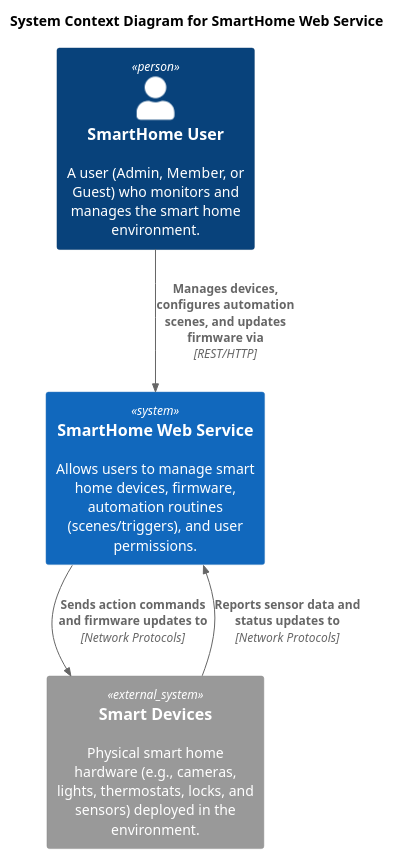
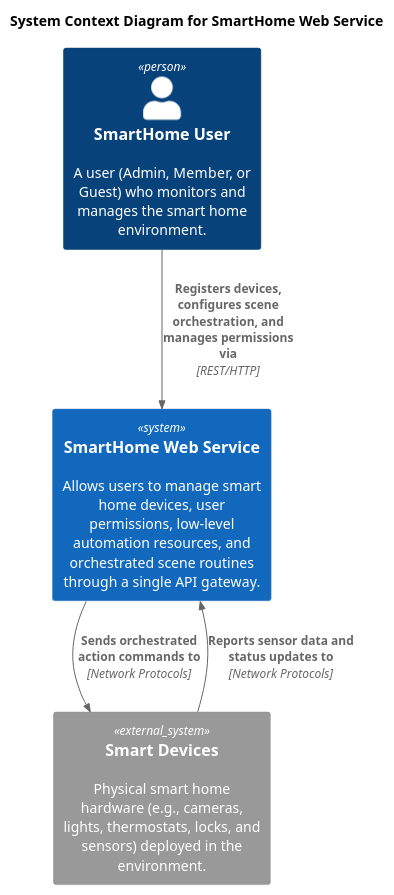
The diagram in diagrams/C4_Level1_context.puml (Saurya88/SmartHome-MS), drawn with PlantUML before and after one commit. The commit also changed 69 other files, not shown here.

Commit message:
Add scene-orchestrator API, DTOs, tests and jacoco

```diff
--- a/diagrams/C4_Level1_context.puml
+++ b/diagrams/C4_Level1_context.puml
@@ -1,20 +1,20 @@
 @startuml
 !include https://raw.githubusercontent.com/plantuml-stdlib/C4-PlantUML/master/C4_Context.puml
 
 title System Context Diagram for SmartHome Web Service
 
 ' Actors / Users
 Person(user, "SmartHome User", "A user (Admin, Member, or Guest) who monitors and manages the smart home environment.")
 
 ' The System being described
-System(smarthome, "SmartHome Web Service", "Allows users to manage smart home devices, firmware, automation routines (scenes/triggers), and user permissions.")
+System(smarthome, "SmartHome Web Service", "Allows users to manage smart home devices, user permissions, low-level automation resources, and orchestrated scene routines through a single API gateway.")
 
 ' External Systems
 System_Ext(smart_devices, "Smart Devices", "Physical smart home hardware (e.g., cameras, lights, thermostats, locks, and sensors) deployed in the environment.")
 
 ' Relationships
-Rel(user, smarthome, "Manages devices, configures automation scenes, and updates firmware via", "REST/HTTP")
-Rel(smarthome, smart_devices, "Sends action commands and firmware updates to", "Network Protocols")
+Rel(user, smarthome, "Registers devices, configures scene orchestration, and manages permissions via", "REST/HTTP")
+Rel(smarthome, smart_devices, "Sends orchestrated action commands to", "Network Protocols")
 Rel(smart_devices, smarthome, "Reports sensor data and status updates to", "Network Protocols")
 
 @enduml
```
